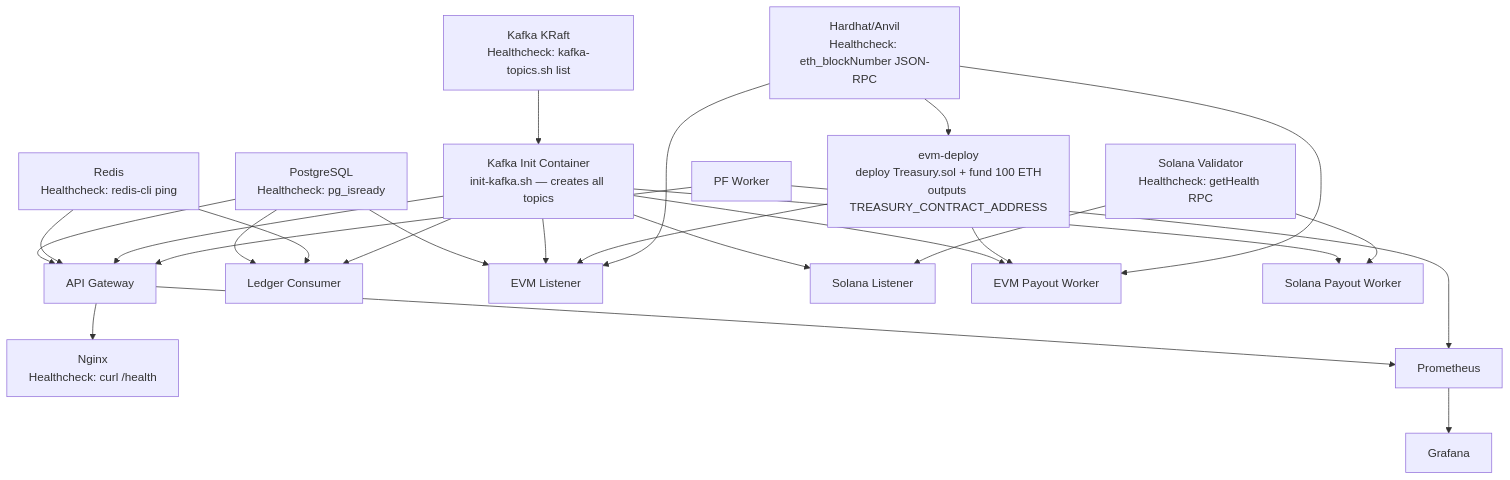
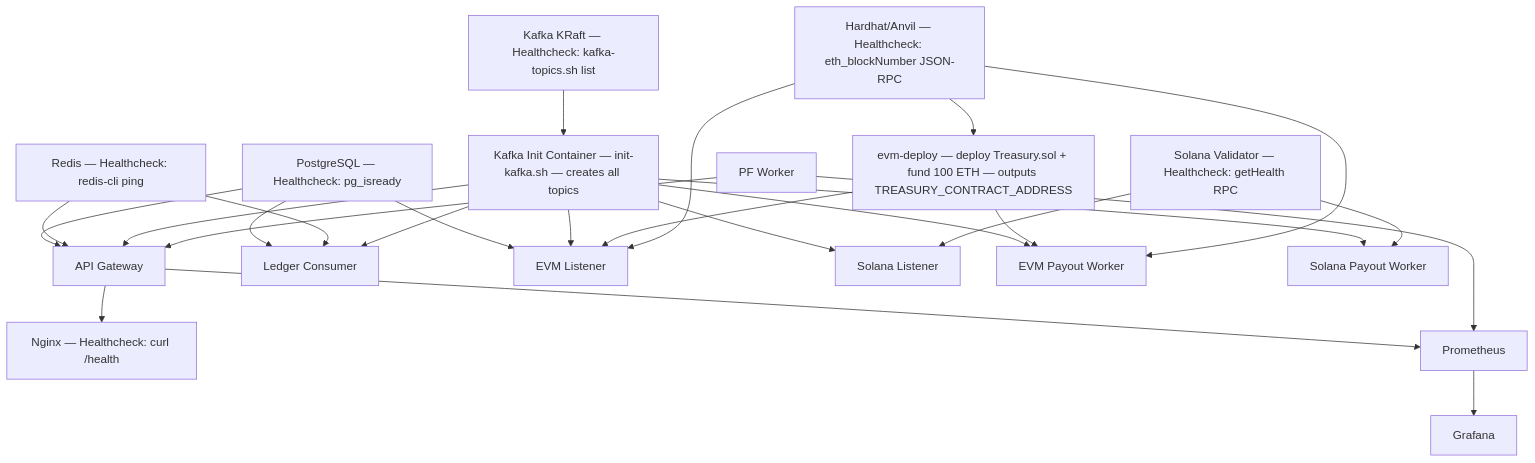
The first of 7 diagrams in documentation/infrastructure-flows.md (Fennzo/DiceTilt), drawn with Mermaid before and after one commit. The commit also changed other lines of this file and 16 other files, not shown here.

````diff
--- a/documentation/infrastructure-flows.md
+++ b/documentation/infrastructure-flows.md
@@ -28,45 +28,45 @@
 ```mermaid
 flowchart TD
-    PG["PostgreSQL\nHealthcheck: pg_isready"]
-    Redis["Redis\nHealthcheck: redis-cli ping"]
-    Kafka["Kafka KRaft\nHealthcheck: kafka-topics.sh list"]
-    KafkaInit["Kafka Init Container\ninit-kafka.sh — creates all topics"]
-    Nginx["Nginx\nHealthcheck: curl /health"]
+    PG["PostgreSQL — Healthcheck: pg_isready"]
+    Redis["Redis — Healthcheck: redis-cli ping"]
+    Kafka["Kafka KRaft — Healthcheck: kafka-topics.sh list"]
+    KafkaInit["Kafka Init Container — init-kafka.sh — creates all topics"]
+    Nginx["Nginx — Healthcheck: curl /health"]
     PF["PF Worker"]
     API["API Gateway"]
     Ledger["Ledger Consumer"]
-    EVMDeploy["evm-deploy\ndeploy Treasury.sol + fund 100 ETH\noutputs TREASURY_CONTRACT_ADDRESS"]
+    EVMDeploy["evm-deploy — deploy Treasury.sol + fund 100 ETH — outputs TREASURY_CONTRACT_ADDRESS"]
     EVMListen["EVM Listener"]
     SolListen["Solana Listener"]
     EVMPay["EVM Payout Worker"]
     SolPay["Solana Payout Worker"]
-    Anvil["Hardhat/Anvil\nHealthcheck: eth_blockNumber JSON-RPC"]
-    SolVal["Solana Validator\nHealthcheck: getHealth RPC"]
+    Anvil["Hardhat/Anvil — Healthcheck: eth_blockNumber JSON-RPC"]
+    SolVal["Solana Validator — Healthcheck: getHealth RPC"]
     Prom["Prometheus"]
     Grafana["Grafana"]
 
     PG --> API
     PG --> Ledger
     PG --> EVMListen
     Redis --> API
     Redis --> Ledger
     Kafka --> KafkaInit
     KafkaInit --> API
     KafkaInit --> Ledger
     KafkaInit --> EVMListen
     KafkaInit --> SolListen
     KafkaInit --> EVMPay
     KafkaInit --> SolPay
     Anvil --> EVMDeploy
     EVMDeploy --> EVMListen
     EVMDeploy --> EVMPay
     Anvil --> EVMListen
     Anvil --> EVMPay
     SolVal --> SolListen
     SolVal --> SolPay
     PF --> API
     API --> Nginx
     API --> Prom
     PF --> Prom
     Prom --> Grafana
 ```
````
